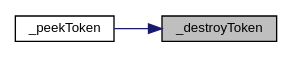
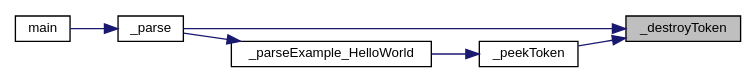
Before and after one commit to 4bstr4ct/corth: the diagram in docs/corthc.org/db/d58/group__TOKEN_ga61edee5614ff6fdcf25a38f93d09e906_icgraph.dot, drawn with Graphviz. The commit also changed 95 other files, not shown here.

Commit message:
Still worknig on a parser - this time to parse main with return 0 and that's it...

```diff
--- a/docs/corthc.org/db/d58/group__TOKEN_ga61edee5614ff6fdcf25a38f93d09e906_icgraph.dot
+++ b/docs/corthc.org/db/d58/group__TOKEN_ga61edee5614ff6fdcf25a38f93d09e906_icgraph.dot
@@ -1,10 +1,17 @@
 digraph "_destroyToken"
 {
  // LATEX_PDF_SIZE
   edge [fontname="Helvetica",fontsize="10",labelfontname="Helvetica",labelfontsize="10"];
   node [fontname="Helvetica",fontsize="10",shape=record];
   rankdir="RL";
   Node1 [label="_destroyToken",height=0.2,width=0.4,color="black", fillcolor="grey75", style="filled", fontcolor="black",tooltip="Destroy and deallocate all dynamically allocated resources for a specified token, thus freeing the me..."];
   Node1 -> Node2 [dir="back",color="midnightblue",fontsize="10",style="solid",fontname="Helvetica"];
-  Node2 [label="_peekToken",height=0.2,width=0.4,color="black", fillcolor="white", style="filled",URL="$de/d57/group__TOKENIZER.html#ga429e3baa7b543c51dffef5fc335cd536",tooltip="Parse and peek the next token without moving the parser."];
+  Node2 [label="_parse",height=0.2,width=0.4,color="black", fillcolor="white", style="filled",URL="$d2/d72/parser_8c.html#aa13b44093a9b4f501c43f640be3790ec",tooltip=" "];
+  Node2 -> Node3 [dir="back",color="midnightblue",fontsize="10",style="solid",fontname="Helvetica"];
+  Node3 [label="main",height=0.2,width=0.4,color="black", fillcolor="white", style="filled",URL="$d0/d29/main_8c.html#a3c04138a5bfe5d72780bb7e82a18e627",tooltip=" "];
+  Node1 -> Node4 [dir="back",color="midnightblue",fontsize="10",style="solid",fontname="Helvetica"];
+  Node4 [label="_peekToken",height=0.2,width=0.4,color="black", fillcolor="white", style="filled",URL="$de/d57/group__TOKENIZER.html#ga429e3baa7b543c51dffef5fc335cd536",tooltip="Parse and peek the next token without moving the parser."];
+  Node4 -> Node5 [dir="back",color="midnightblue",fontsize="10",style="solid",fontname="Helvetica"];
+  Node5 [label="_parseExample_HelloWorld",height=0.2,width=0.4,color="black", fillcolor="white", style="filled",URL="$d2/d72/parser_8c.html#a817ddbff8df162edd9632cd2deca32b4",tooltip=" "];
+  Node5 -> Node2 [dir="back",color="midnightblue",fontsize="10",style="solid",fontname="Helvetica"];
 }
```
